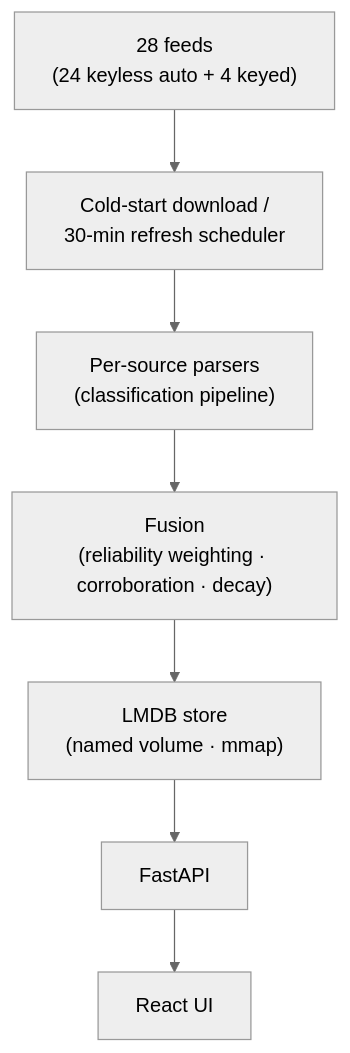
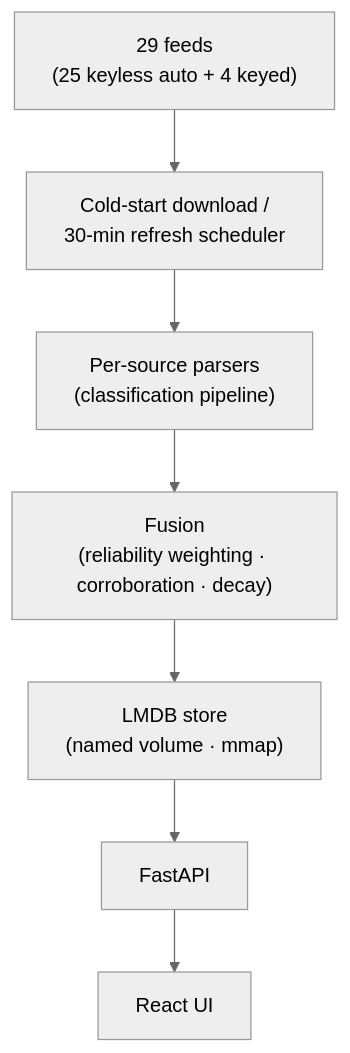
One commit to steponeerror/ip-lookup-tool changed the diagram in README.md. Above: the diagram before and after it, drawn with Mermaid (neutral theme). The commit also changed other lines of this file and 22 other files, not shown here.

````diff
--- a/README.md
+++ b/README.md
@@ -37,9 +37,9 @@
 ```mermaid
 flowchart TD
-    A["28 feeds<br/>(24 keyless auto + 4 keyed)"] --> B["Cold-start download /<br/>30-min refresh scheduler"]
+    A["29 feeds<br/>(25 keyless auto + 4 keyed)"] --> B["Cold-start download /<br/>30-min refresh scheduler"]
     B --> C["Per-source parsers<br/>(classification pipeline)"]
     C --> D["Fusion<br/>(reliability weighting · corroboration · decay)"]
     D --> E["LMDB store<br/>(named volume · mmap)"]
     E --> F["FastAPI"]
     F --> G["React UI"]
 ```
````
